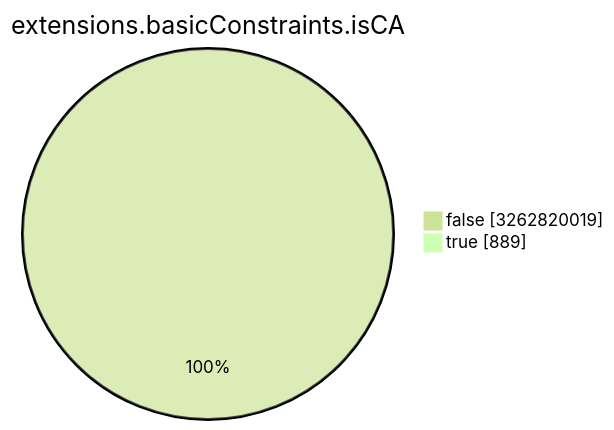
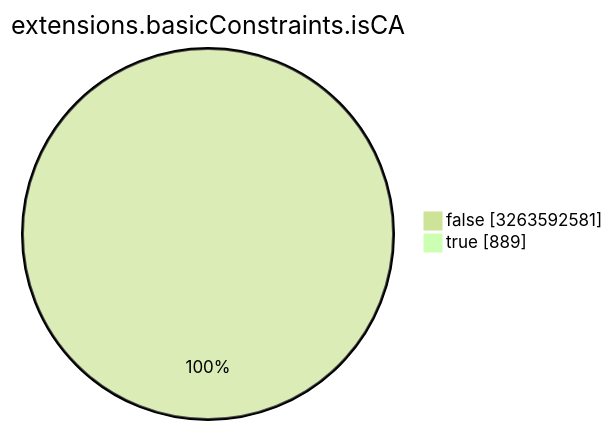
The seventh of 15 diagrams in TOTAL/README.md (christiankrug/ctmonitor_visualization), drawn with Mermaid (forest theme) before and after one commit. The commit also changed other lines of this file, not shown here.

````diff
--- a/TOTAL/README.md
+++ b/TOTAL/README.md
@@ -3089,6 +3089,6 @@
 ```mermaid
 pie showData
 title extensions.basicConstraints.isCA
-"false" :3262820019
+"false" :3263592581
 "true" :889
 ```
````
